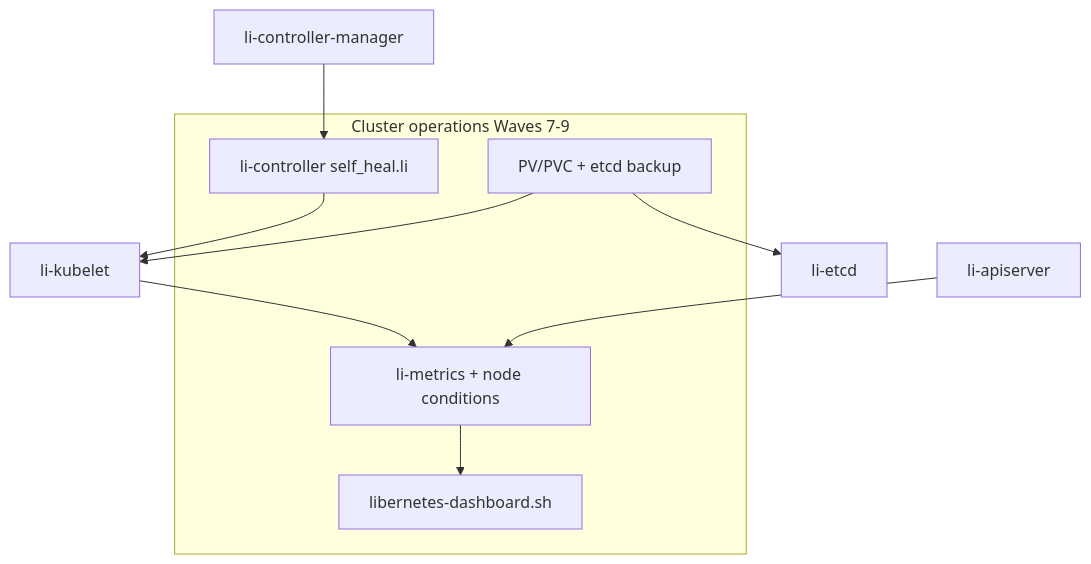
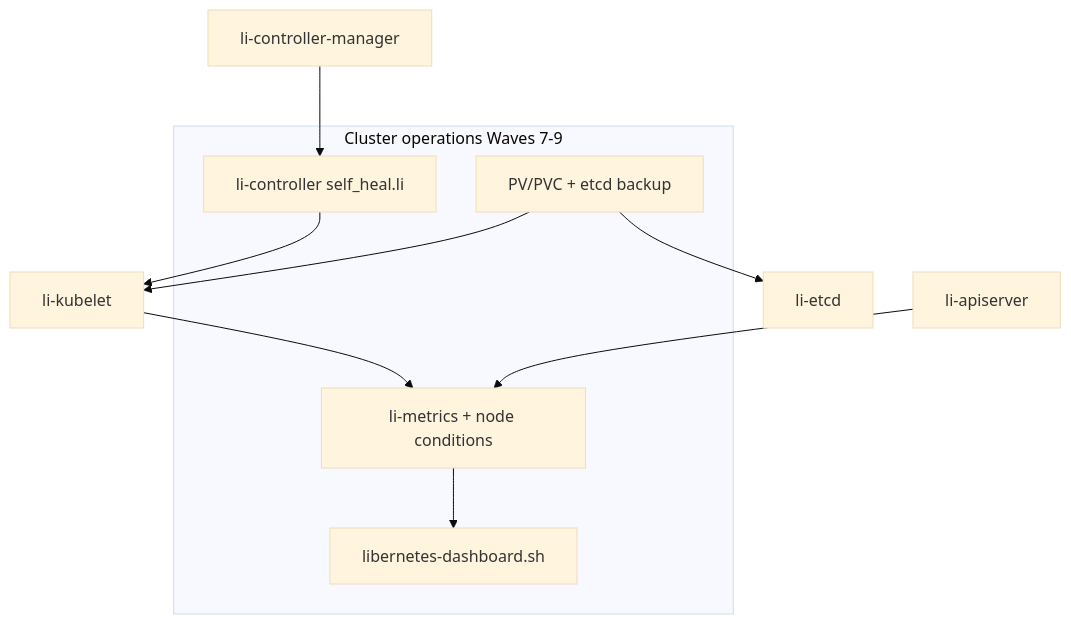
One commit to li-langverse/lic changed the third of 4 diagrams in docs/libernetes-roadmap.md. Above: the diagram before and after it, drawn with Mermaid. The commit also changed other lines of this file and 10 other files, not shown here.

First line of the commit message:
Fix libernetes roadmap PNG renders cropped by mmdc defaults.

````diff
--- a/docs/libernetes-roadmap.md
+++ b/docs/libernetes-roadmap.md
@@ -124,17 +126,18 @@
 ```mermaid
+%%{init: {'theme': 'base', 'flowchart': {'nodeSpacing': 40, 'rankSpacing': 60, 'padding': 16}}}%%
 flowchart TB
-  subgraph ops [Cluster operations Waves 7-9]
-    selfheal[li-controller self_heal.li]
-    storage[PV/PVC + etcd backup]
-    metrics[li-metrics + node conditions]
+  subgraph ops ["Cluster operations Waves 7-9"]
+    selfheal["li-controller self_heal.li"]
+    storage["PV/PVC + etcd backup"]
+    metrics["li-metrics + node conditions"]
     dashboard[libernetes-dashboard.sh]
   end
 
   cm[li-controller-manager] --> selfheal
   selfheal --> kubelet[li-kubelet]
   storage --> etcd[li-etcd]
   storage --> kubelet
   kubelet --> metrics
   metrics --> dashboard
   apiserver[li-apiserver] --> metrics
 ```
````
